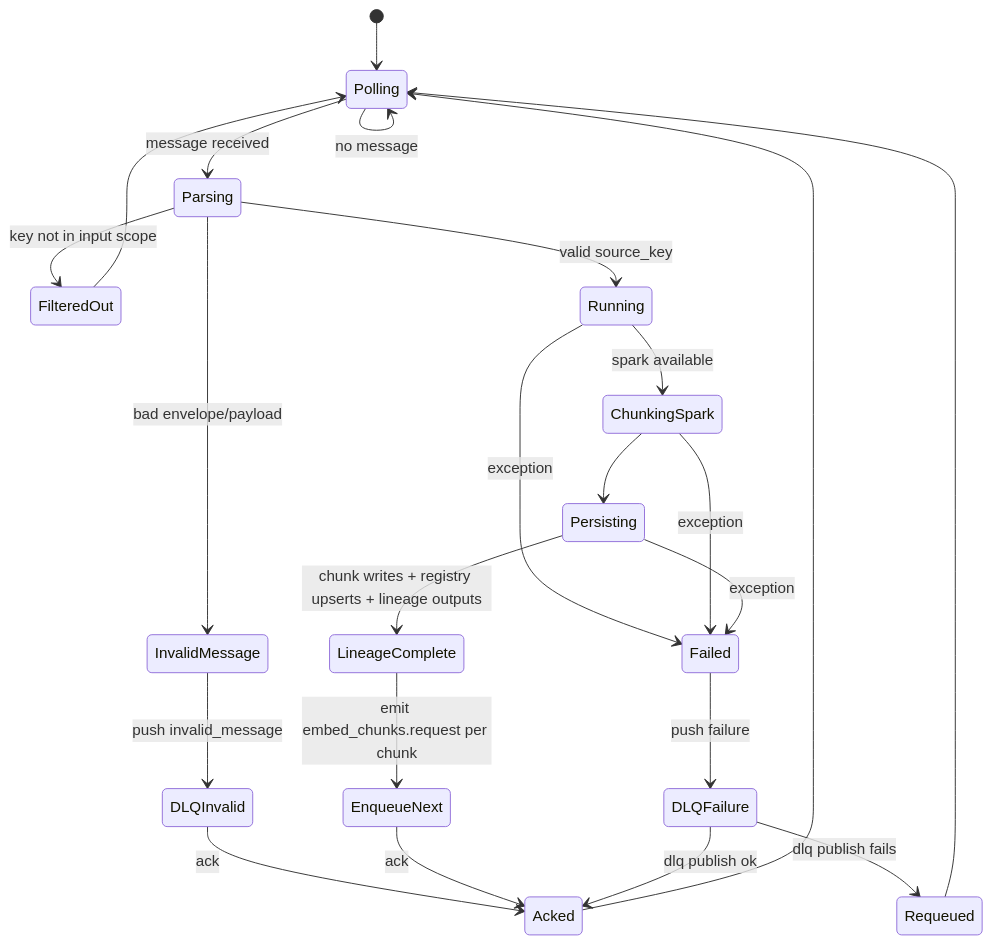
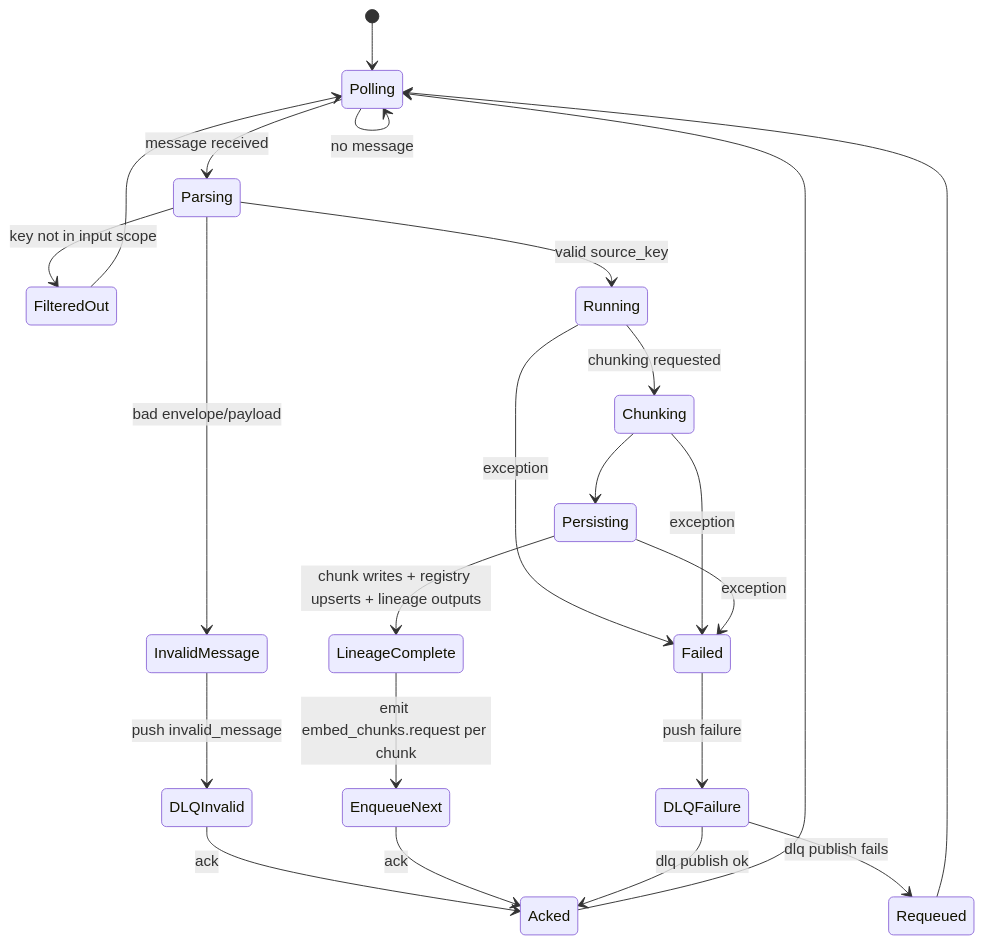
Before and after one commit to ElwesHonorato/governed-rag-foundation: the second of 3 diagrams in domains/worker_chunk_text/docs/SIREN_WORKFLOW.md, drawn with Mermaid. The commit also changed other lines of this file and 30 other files, not shown here.

````diff
--- a/domains/worker_chunk_text/docs/SIREN_WORKFLOW.md
+++ b/domains/worker_chunk_text/docs/SIREN_WORKFLOW.md
@@ -48,34 +48,34 @@
 ```mermaid
 stateDiagram-v2
     [*] --> Polling
 
     Polling --> Polling: no message
     Polling --> Parsing: message received
 
     Parsing --> InvalidMessage: bad envelope/payload
     InvalidMessage --> DLQInvalid: push invalid_message
     DLQInvalid --> Acked: ack
     Acked --> Polling
 
     Parsing --> FilteredOut: key not in input scope
     FilteredOut --> Polling
 
     Parsing --> Running: valid source_key
 
-    Running --> ChunkingSpark: spark available
-    ChunkingSpark --> Persisting
+    Running --> Chunking: chunking requested
+    Chunking --> Persisting
 
     Persisting --> LineageComplete: chunk writes + registry upserts + lineage outputs
     LineageComplete --> EnqueueNext: emit embed_chunks.request per chunk
     EnqueueNext --> Acked: ack
 
     Running --> Failed: exception
-    ChunkingSpark --> Failed: exception
+    Chunking --> Failed: exception
     Persisting --> Failed: exception
 
     Failed --> DLQFailure: push failure
     DLQFailure --> Acked: dlq publish ok
     DLQFailure --> Requeued: dlq publish fails
 
     Requeued --> Polling
 ```
````
